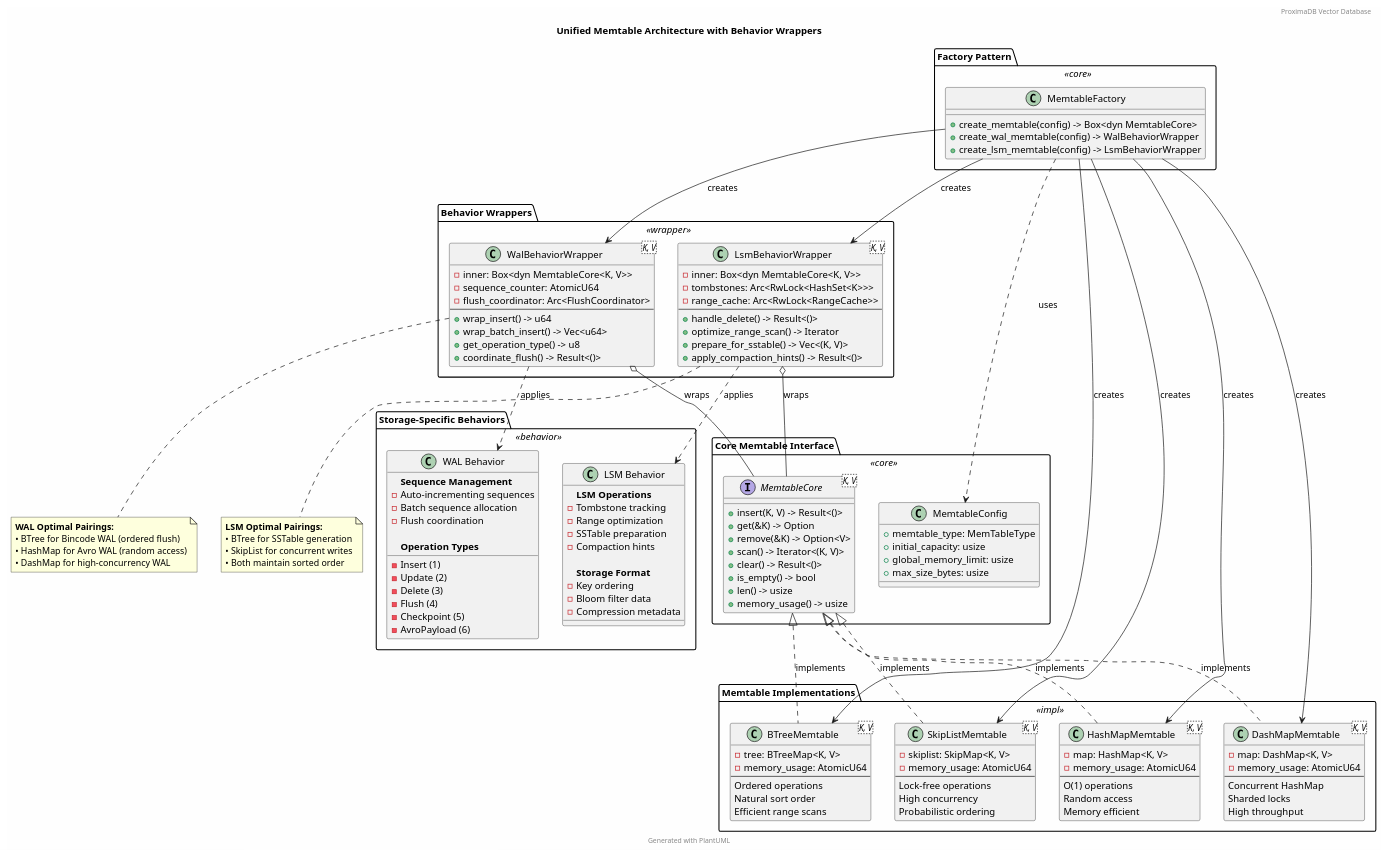
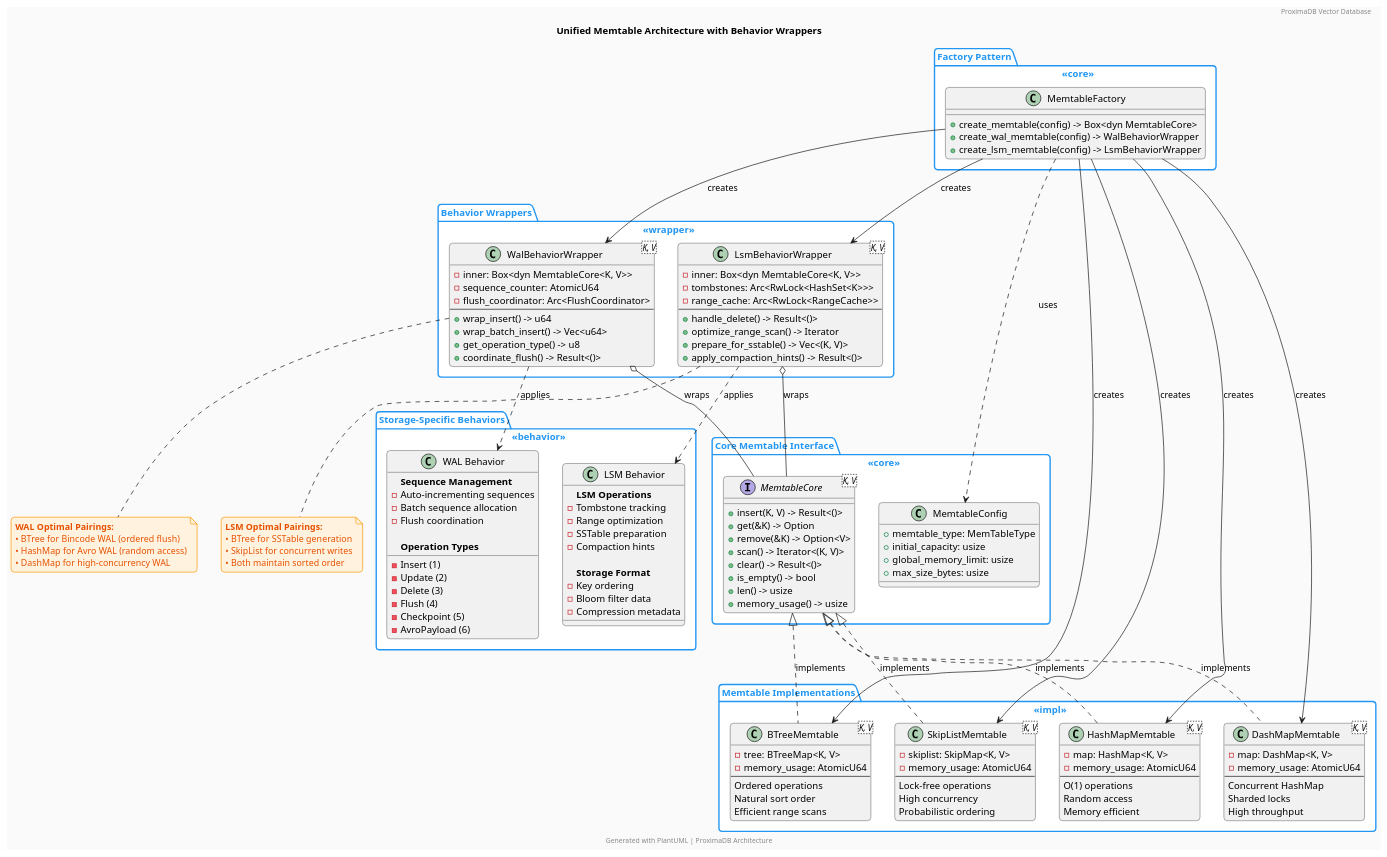
One commit to vjsingh1984/proximaDB changed the diagram in docs/diagrams/plantuml/unified_memtable_architecture.puml. Above: the diagram before and after it, drawn with PlantUML. The commit also changed 62 other files, not shown here.

```diff
--- a/docs/diagrams/plantuml/unified_memtable_architecture.puml
+++ b/docs/diagrams/plantuml/unified_memtable_architecture.puml
@@ -1,174 +1,200 @@
 @startuml Unified_Memtable_Architecture
-skinparam backgroundColor #FEFEFE
+
+skinparam backgroundColor #FAFAFA
+skinparam roundCorner 10
+skinparam shadowing false
+
 skinparam component {
-    BackgroundColor<<core>> LightBlue
-    BackgroundColor<<wrapper>> LightGreen
-    BackgroundColor<<impl>> LightYellow
-    BackgroundColor<<behavior>> Pink
+    BackgroundColor #2196F3
+    BorderColor #1976D2
+    BorderThickness 2
+    FontColor white
+    FontStyle bold
+    BackgroundColor<<core>> #2196F3
+    BackgroundColor<<wrapper>> #4CAF50
+    BackgroundColor<<impl>> #E0E0E0
+    BorderColor<<impl>> #9E9E9E
+    FontColor<<impl>> #424242
+    BackgroundColor<<behavior>> #FF9800
+}
+
+skinparam package {
+    BackgroundColor white
+    BorderColor #2196F3
+    BorderThickness 2
+    FontColor #2196F3
+    FontStyle bold
+}
+
+skinparam note {
+    BackgroundColor #FFF3E0
+    BorderColor #FF9800
+    BorderThickness 1
+    FontColor #E65100
 }
 
 title Unified Memtable Architecture with Behavior Wrappers
 header ProximaDB Vector Database
-footer Generated with PlantUML
+footer Generated with PlantUML | ProximaDB Architecture
 
 package "Core Memtable Interface" <<core>> {
     interface "MemtableCore<K, V>" as Core {
         + insert(K, V) -> Result<()>
         + get(&K) -> Option<&V>
         + remove(&K) -> Option<V>
         + scan() -> Iterator<(K, V)>
         + clear() -> Result<()>
         + is_empty() -> bool
         + len() -> usize
         + memory_usage() -> usize
     }
     
     class "MemtableConfig" as Config {
         + memtable_type: MemTableType
         + initial_capacity: usize
         + global_memory_limit: usize
         + max_size_bytes: usize
     }
 }
 
 package "Memtable Implementations" <<impl>> {
     class "BTreeMemtable<K, V>" as BTree {
         - tree: BTreeMap<K, V>
         - memory_usage: AtomicU64
         --
         Ordered operations
         Natural sort order
         Efficient range scans
     }
     
     class "SkipListMemtable<K, V>" as SkipList {
         - skiplist: SkipMap<K, V>
         - memory_usage: AtomicU64
         --
         Lock-free operations
         High concurrency
         Probabilistic ordering
     }
     
     class "HashMapMemtable<K, V>" as HashMap {
         - map: HashMap<K, V>
         - memory_usage: AtomicU64
         --
         O(1) operations
         Random access
         Memory efficient
     }
     
     class "DashMapMemtable<K, V>" as DashMap {
         - map: DashMap<K, V>
         - memory_usage: AtomicU64
         --
         Concurrent HashMap
         Sharded locks
         High throughput
     }
 }
 
 package "Behavior Wrappers" <<wrapper>> {
     class "WalBehaviorWrapper<K, V>" as WalWrapper {
         - inner: Box<dyn MemtableCore<K, V>>
         - sequence_counter: AtomicU64
         - flush_coordinator: Arc<FlushCoordinator>
         --
         + wrap_insert() -> u64
         + wrap_batch_insert() -> Vec<u64>
         + get_operation_type() -> u8
         + coordinate_flush() -> Result<()>
     }
     
     class "LsmBehaviorWrapper<K, V>" as LsmWrapper {
         - inner: Box<dyn MemtableCore<K, V>>
         - tombstones: Arc<RwLock<HashSet<K>>>
         - range_cache: Arc<RwLock<RangeCache>>
         --
         + handle_delete() -> Result<()>
         + optimize_range_scan() -> Iterator
         + prepare_for_sstable() -> Vec<(K, V)>
         + apply_compaction_hints() -> Result<()>
     }
 }
 
 package "Storage-Specific Behaviors" <<behavior>> {
     class "WAL Behavior" as WalBehavior {
         **Sequence Management**
         - Auto-incrementing sequences
         - Batch sequence allocation
         - Flush coordination
         
         **Operation Types**
         - Insert (1)
         - Update (2)
         - Delete (3)
         - Flush (4)
         - Checkpoint (5)
         - AvroPayload (6)
     }
     
     class "LSM Behavior" as LsmBehavior {
         **LSM Operations**
         - Tombstone tracking
         - Range optimization
         - SSTable preparation
         - Compaction hints
         
         **Storage Format**
         - Key ordering
         - Bloom filter data
         - Compression metadata
     }
 }
 
 package "Factory Pattern" <<core>> {
     class "MemtableFactory" as Factory {
         + create_memtable(config) -> Box<dyn MemtableCore>
         + create_wal_memtable(config) -> WalBehaviorWrapper
         + create_lsm_memtable(config) -> LsmBehaviorWrapper
     }
 }
 
 ' Implementation relationships
 Core <|.. BTree : implements
 Core <|.. SkipList : implements
 Core <|.. HashMap : implements
 Core <|.. DashMap : implements
 
 ' Wrapper relationships
 WalWrapper o-- Core : wraps
 LsmWrapper o-- Core : wraps
 
 ' Behavior relationships
 WalWrapper ..> WalBehavior : applies
 LsmWrapper ..> LsmBehavior : applies
 
 ' Factory relationships
 Factory --> BTree : creates
 Factory --> SkipList : creates
 Factory --> HashMap : creates
 Factory --> DashMap : creates
 Factory --> WalWrapper : creates
 Factory --> LsmWrapper : creates
 
 ' Configuration
 Factory ..> Config : uses
 
 ' Optimal pairings
 note bottom of WalWrapper
     **WAL Optimal Pairings:**
     • BTree for Bincode WAL (ordered flush)
     • HashMap for Avro WAL (random access)
     • DashMap for high-concurrency WAL
 end note
 
 note bottom of LsmWrapper
     **LSM Optimal Pairings:**
     • BTree for SSTable generation
     • SkipList for concurrent writes
     • Both maintain sorted order
 end note
 
 @enduml
```
